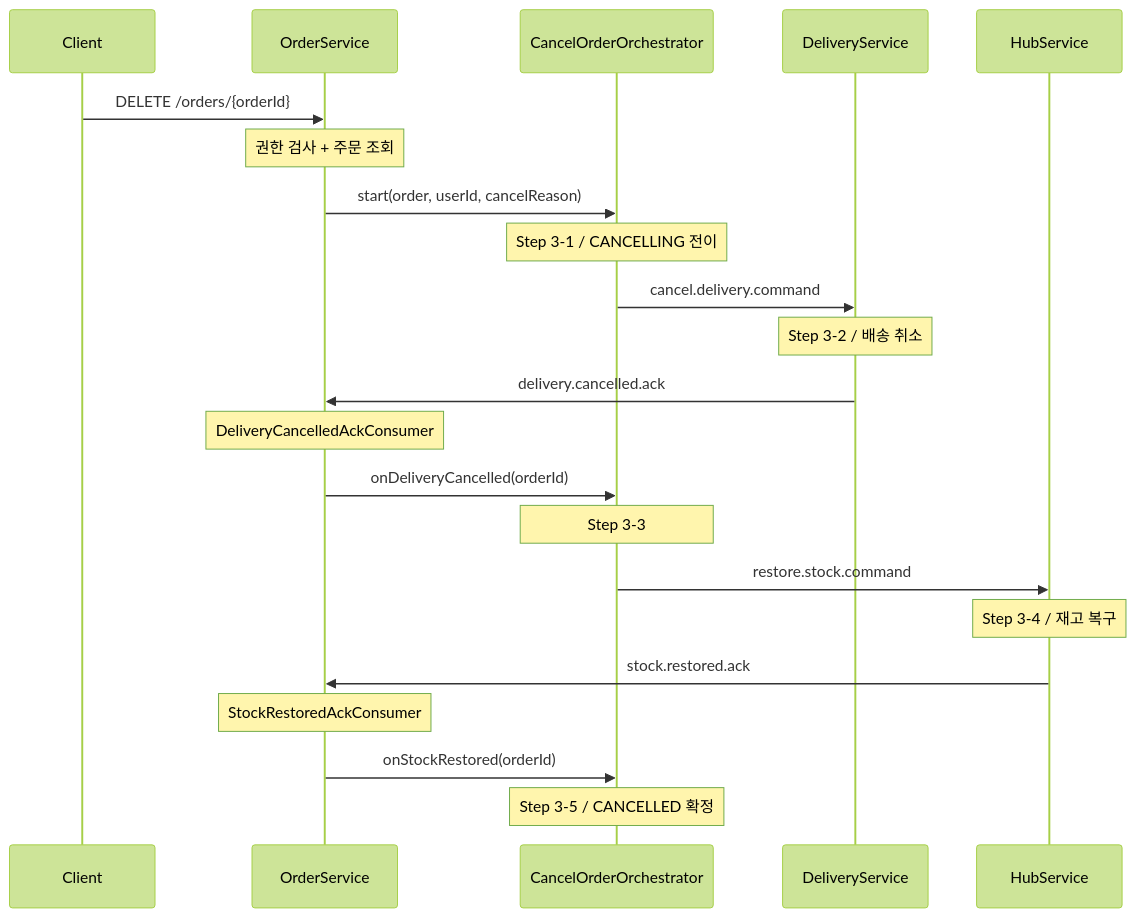
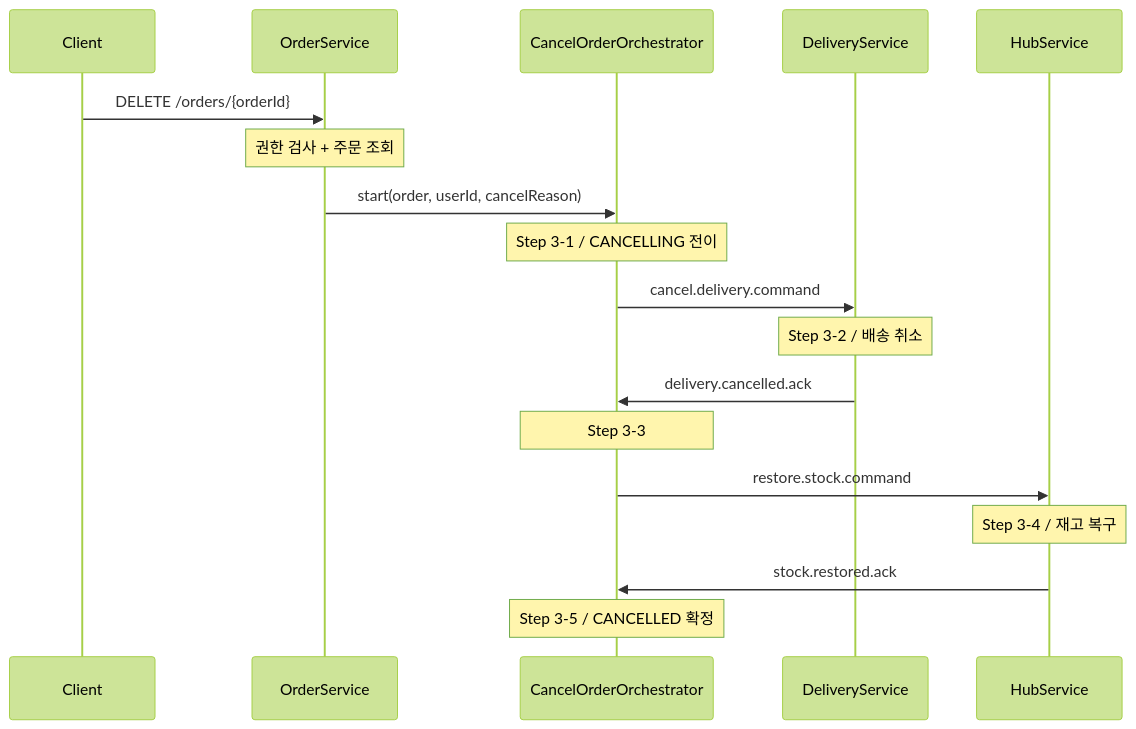
Before and after one commit to qkrwns1478/sparta-logistics: the third of 6 diagrams in order-service/src/main/java/com/sparta/logistics/order/order/saga/README.md, drawn with Mermaid (forest theme).

Commit message:
docs: README 업데이트

````diff
--- a/order-service/src/main/java/com/sparta/logistics/order/order/saga/README.md
+++ b/order-service/src/main/java/com/sparta/logistics/order/order/saga/README.md
@@ -205,25 +205,21 @@
 ```mermaid
 sequenceDiagram
     participant C as Client
     participant O as OrderService
     participant Orch as CancelOrderOrchestrator
     participant D as DeliveryService
     participant H as HubService
 
     C->>O: DELETE /orders/{orderId}
     Note over O: 권한 검사 + 주문 조회
     O->>Orch: start(order, userId, cancelReason)
     Note over Orch: Step 3-1 / CANCELLING 전이
     Orch->>D: cancel.delivery.command
     Note over D: Step 3-2 / 배송 취소
-    D->>O: delivery.cancelled.ack
-    Note over O: DeliveryCancelledAckConsumer
-    O->>Orch: onDeliveryCancelled(orderId)
+    D->>Orch: delivery.cancelled.ack
     Note over Orch: Step 3-3
     Orch->>H: restore.stock.command
     Note over H: Step 3-4 / 재고 복구
-    H->>O: stock.restored.ack
-    Note over O: StockRestoredAckConsumer
-    O->>Orch: onStockRestored(orderId)
+    H->>Orch: stock.restored.ack
     Note over Orch: Step 3-5 / CANCELLED 확정
 ```
````
